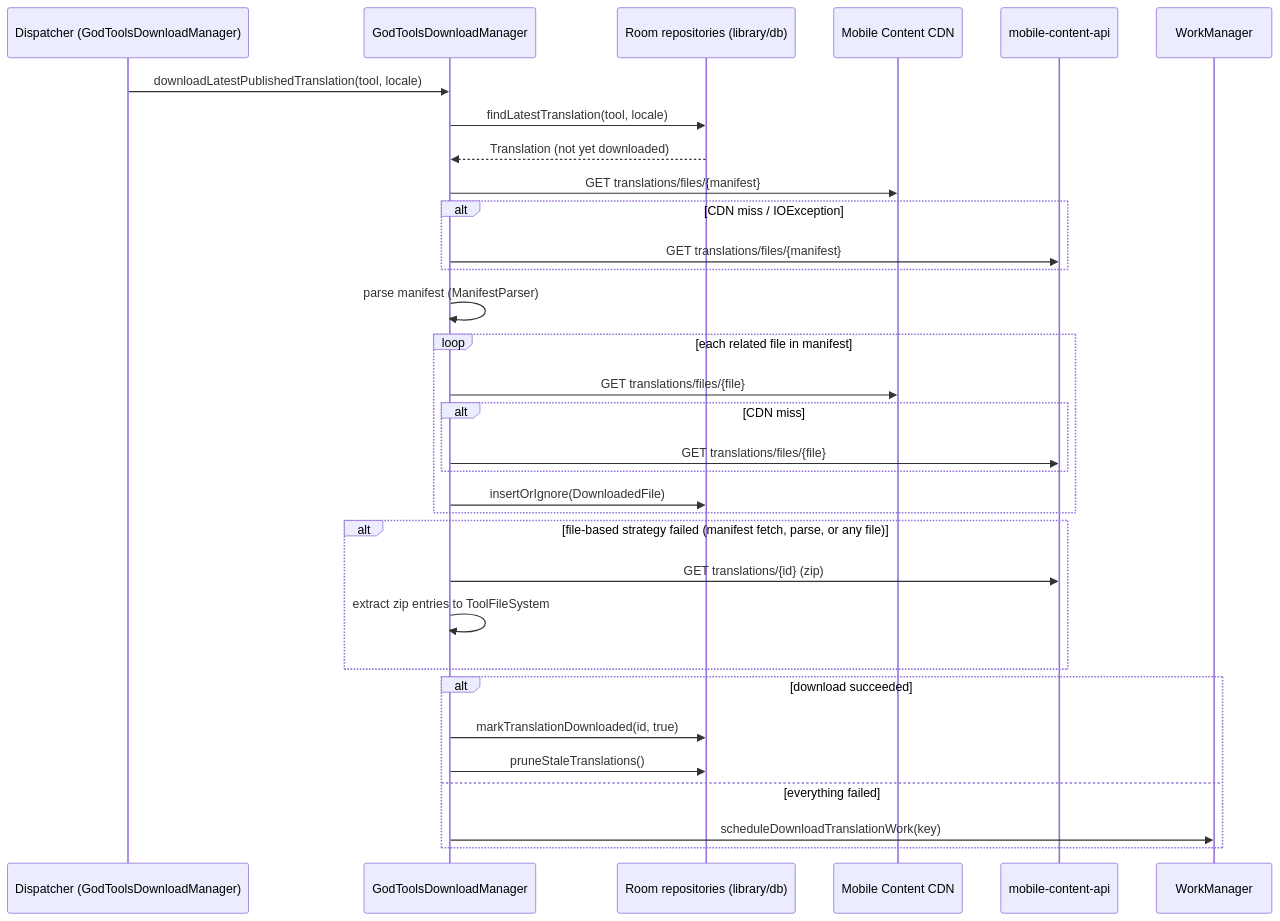
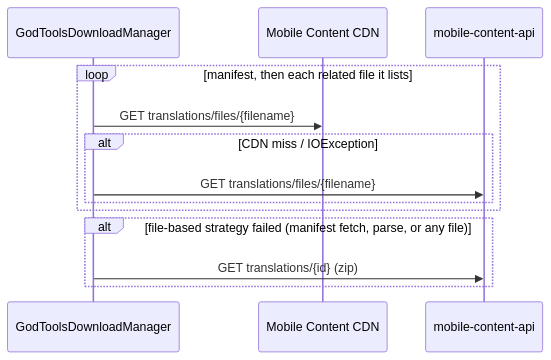
Before and after one commit to CruGlobal/godtools-android: the second of 3 diagrams in wiki/Services-and-Integrations.md, drawn with Mermaid. The commit also changed other lines of this file and 11 other files, not shown here.

````diff
--- a/wiki/Services-and-Integrations.md
+++ b/wiki/Services-and-Integrations.md
@@ -101,35 +103,16 @@
 ```mermaid
 sequenceDiagram
-    participant D as Dispatcher (GodToolsDownloadManager)
     participant DM as GodToolsDownloadManager
-    participant Repo as Room repositories (library/db)
     participant CDN as Mobile Content CDN
     participant API as mobile-content-api
-    participant WM as WorkManager
 
-    D->>DM: downloadLatestPublishedTranslation(tool, locale)
-    DM->>Repo: findLatestTranslation(tool, locale)
-    Repo-->>DM: Translation (not yet downloaded)
-    DM->>CDN: GET translations/files/{manifest}
-    alt CDN miss / IOException
-        DM->>API: GET translations/files/{manifest}
-    end
-    DM->>DM: parse manifest (ManifestParser)
-    loop each related file in manifest
-        DM->>CDN: GET translations/files/{file}
-        alt CDN miss
-            DM->>API: GET translations/files/{file}
+    loop manifest, then each related file it lists
+        DM->>CDN: GET translations/files/{filename}
+        alt CDN miss / IOException
+            DM->>API: GET translations/files/{filename}
         end
-        DM->>Repo: insertOrIgnore(DownloadedFile)
     end
     alt file-based strategy failed (manifest fetch, parse, or any file)
         DM->>API: GET translations/{id} (zip)
-        DM->>DM: extract zip entries to ToolFileSystem
-    end
-    alt download succeeded
-        DM->>Repo: markTranslationDownloaded(id, true)
-        DM->>Repo: pruneStaleTranslations()
-    else everything failed
-        DM->>WM: scheduleDownloadTranslationWork(key)
     end
 ```
````
